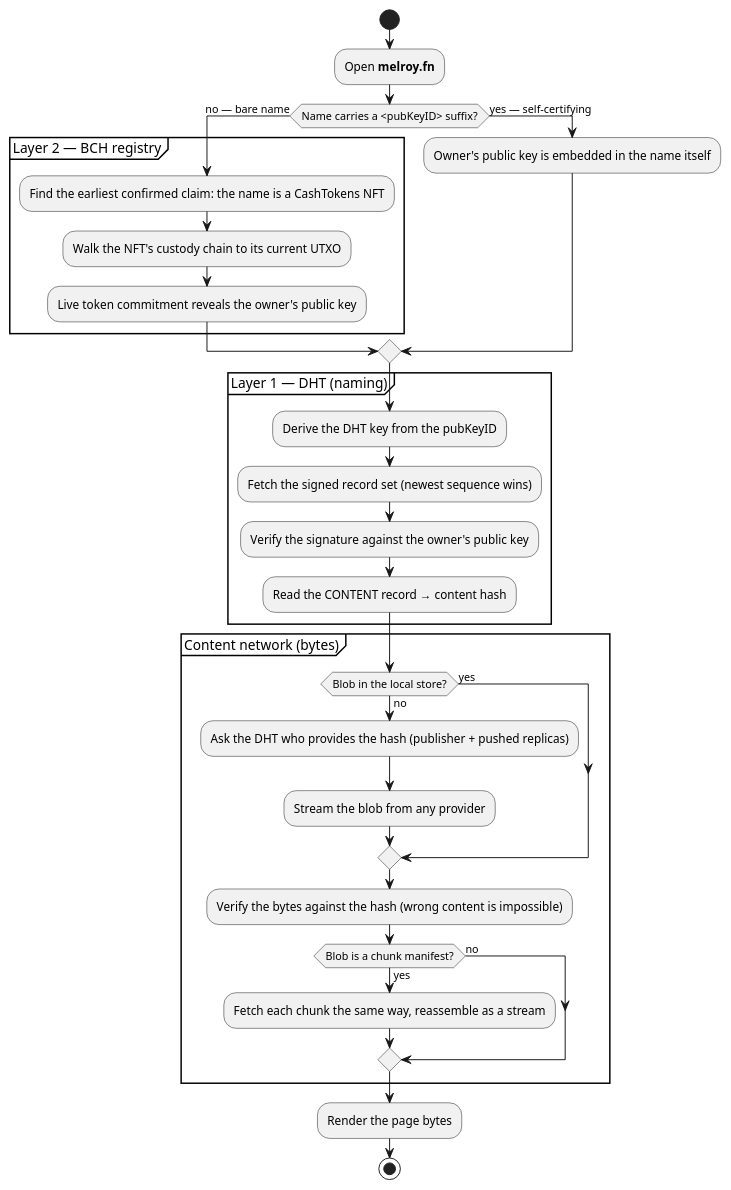
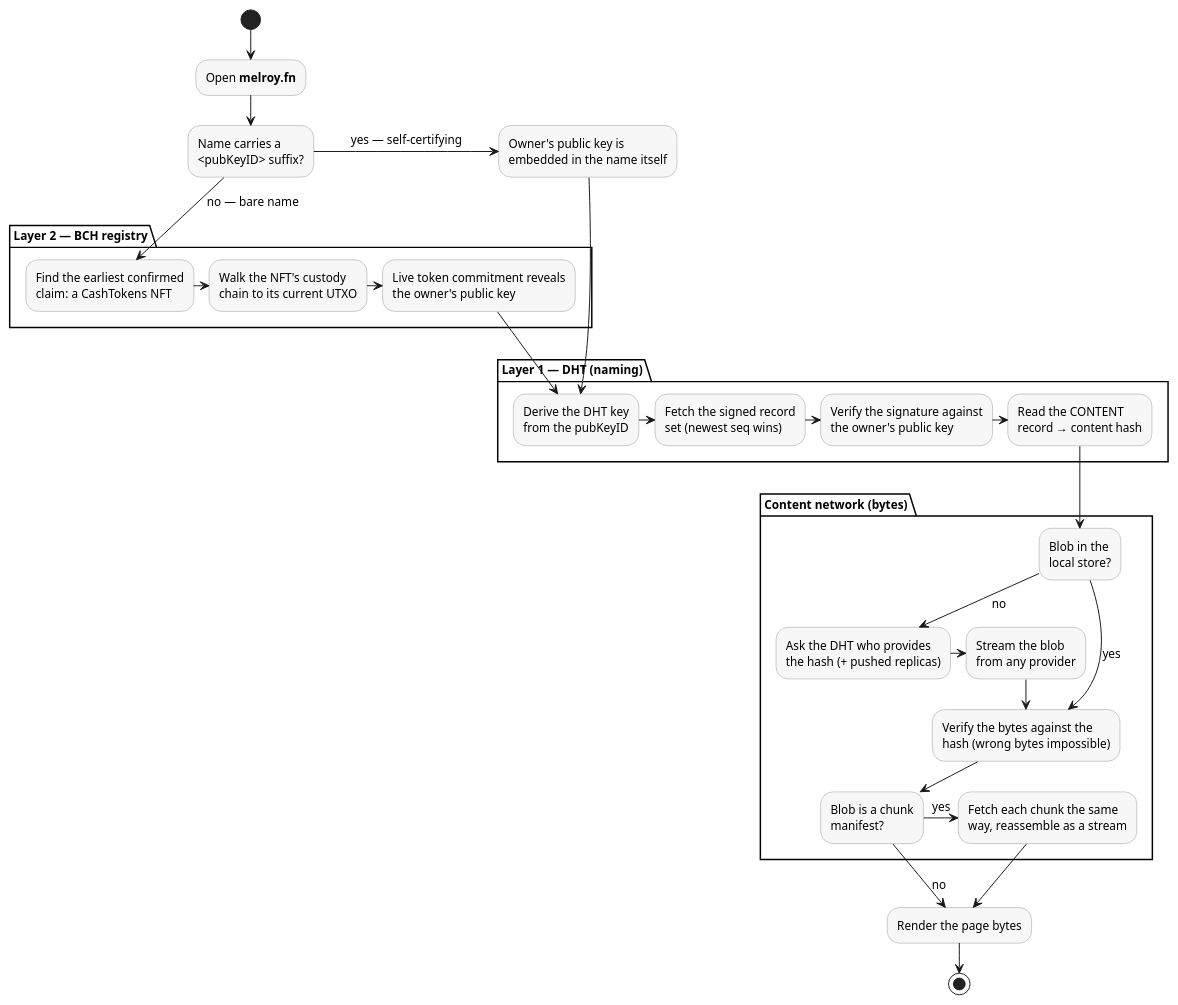
Before and after one commit to FreedomNames/FreedomNames: the diagram in README.md, drawn with PlantUML.

Commit message:
README: lay the flowchart out as a left-to-right staircase
Widening the boxes alone still left a tall single column that used
only ~half the available page width.

Switch the diagram to the legacy activity syntax, which -- unlike the
start/stop beta syntax -- supports explicit arrow directions. Steps
within each layer now advance rightward via -right->, and only the
transitions between layers point down, so the chart reads as three
horizontal bands stacked in a staircase.

Result: 1214x1016 (ratio 1.19) instead of 746x1236 (0.60), matching
the ~1200px content width GitLab renders the README at.

Rejected on the way: `left to right direction` flips the whole rank
axis and produced one 3533px-wide unreadable ribbon.

````diff
--- a/README.md
+++ b/README.md
@@ -46,35 +46,46 @@
 ```plantuml
 @startuml
-start
-:Open <b>melroy.fn</b>;
-if (Name carries a <pubKeyID> suffix?) then (no — bare name)
-  partition "Layer 2 — BCH registry" {
-    :Find the earliest confirmed claim: the name is a CashTokens NFT;
-    :Walk the NFT's custody chain to its current UTXO;
-    :Live token commitment reveals the owner's public key;
-  }
-else (yes — self-certifying)
-  :Owner's public key is embedded in the name itself;
-endif
+skinparam ranksep 30
+skinparam nodesep 16
+skinparam defaultFontSize 12
+skinparam activity {
+  BackgroundColor #F7F7F7
+  BorderColor #999999
+  DiamondBackgroundColor #FFFFFF
+  DiamondBorderColor #999999
+}
+
+(*) --> "Open <b>melroy.fn</b>"
+--> "Name carries a\n<pubKeyID> suffix?"
+
+partition "Layer 2 — BCH registry" {
+  --> [no — bare name] "Find the earliest confirmed\nclaim: a CashTokens NFT"
+  -right-> "Walk the NFT's custody\nchain to its current UTXO"
+  -right-> "Live token commitment reveals\nthe owner's public key"
+}
+
+"Name carries a\n<pubKeyID> suffix?" -right-> [yes — self-certifying] "Owner's public key is\nembedded in the name itself"
+
 partition "Layer 1 — DHT (naming)" {
-  :Derive the DHT key from the pubKeyID;
-  :Fetch the signed record set (newest sequence wins);
-  :Verify the signature against the owner's public key;
-  :Read the CONTENT record → content hash;
+  "Live token commitment reveals\nthe owner's public key" --> "Derive the DHT key\nfrom the pubKeyID"
+  "Owner's public key is\nembedded in the name itself" --> "Derive the DHT key\nfrom the pubKeyID"
+  -right-> "Fetch the signed record\nset (newest seq wins)"
+  -right-> "Verify the signature against\nthe owner's public key"
+  -right-> "Read the CONTENT\nrecord → content hash"
 }
+
 partition "Content network (bytes)" {
-  if (Blob in the local store?) then (yes)
-  else (no)
-    :Ask the DHT who provides the hash (publisher + pushed replicas);
-    :Stream the blob from any provider;
-  endif
-  :Verify the bytes against the hash (wrong content is impossible);
-  if (Blob is a chunk manifest?) then (yes)
-    :Fetch each chunk the same way, reassemble as a stream;
-  else (no)
-  endif
+  "Read the CONTENT\nrecord → content hash" --> "Blob in the\nlocal store?"
+  --> [no] "Ask the DHT who provides\nthe hash (+ pushed replicas)"
+  -right-> "Stream the blob\nfrom any provider"
+  --> "Verify the bytes against the\nhash (wrong bytes impossible)"
+  "Blob in the\nlocal store?" -right-> [yes] "Verify the bytes against the\nhash (wrong bytes impossible)"
+  "Verify the bytes against the\nhash (wrong bytes impossible)" --> "Blob is a chunk\nmanifest?"
+  -right-> [yes] "Fetch each chunk the same\nway, reassemble as a stream"
 }
-:Render the page bytes;
-stop
+
+"Fetch each chunk the same\nway, reassemble as a stream" --> "Render the page bytes"
+"Blob is a chunk\nmanifest?" --> [no] "Render the page bytes"
+"Render the page bytes" --> (*)
 @enduml
 ```
````
